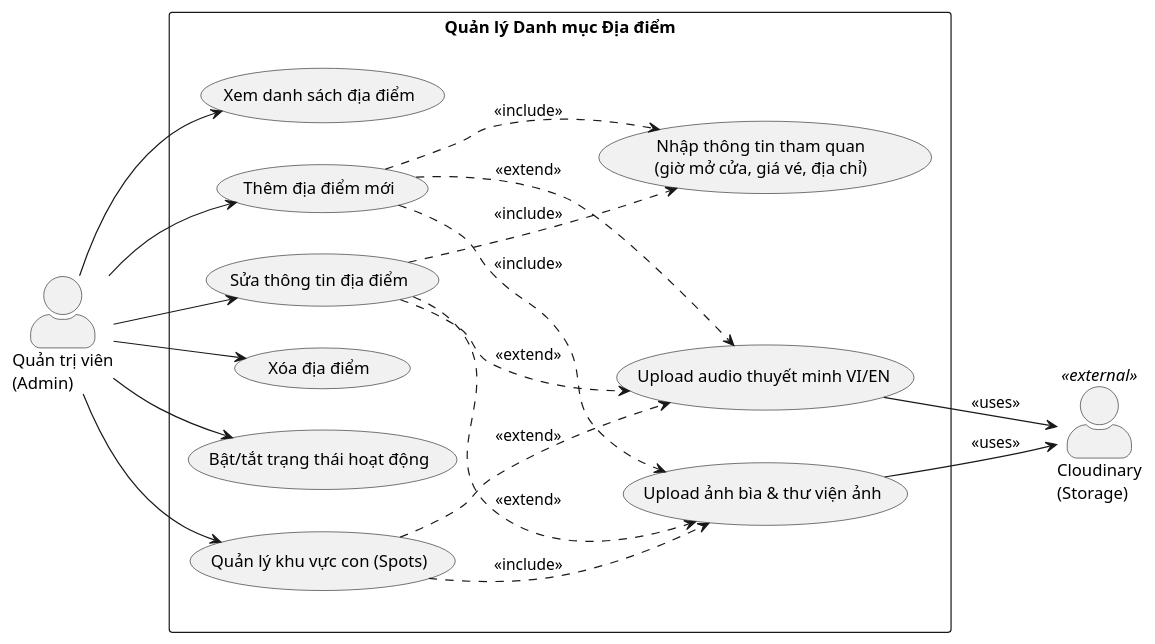
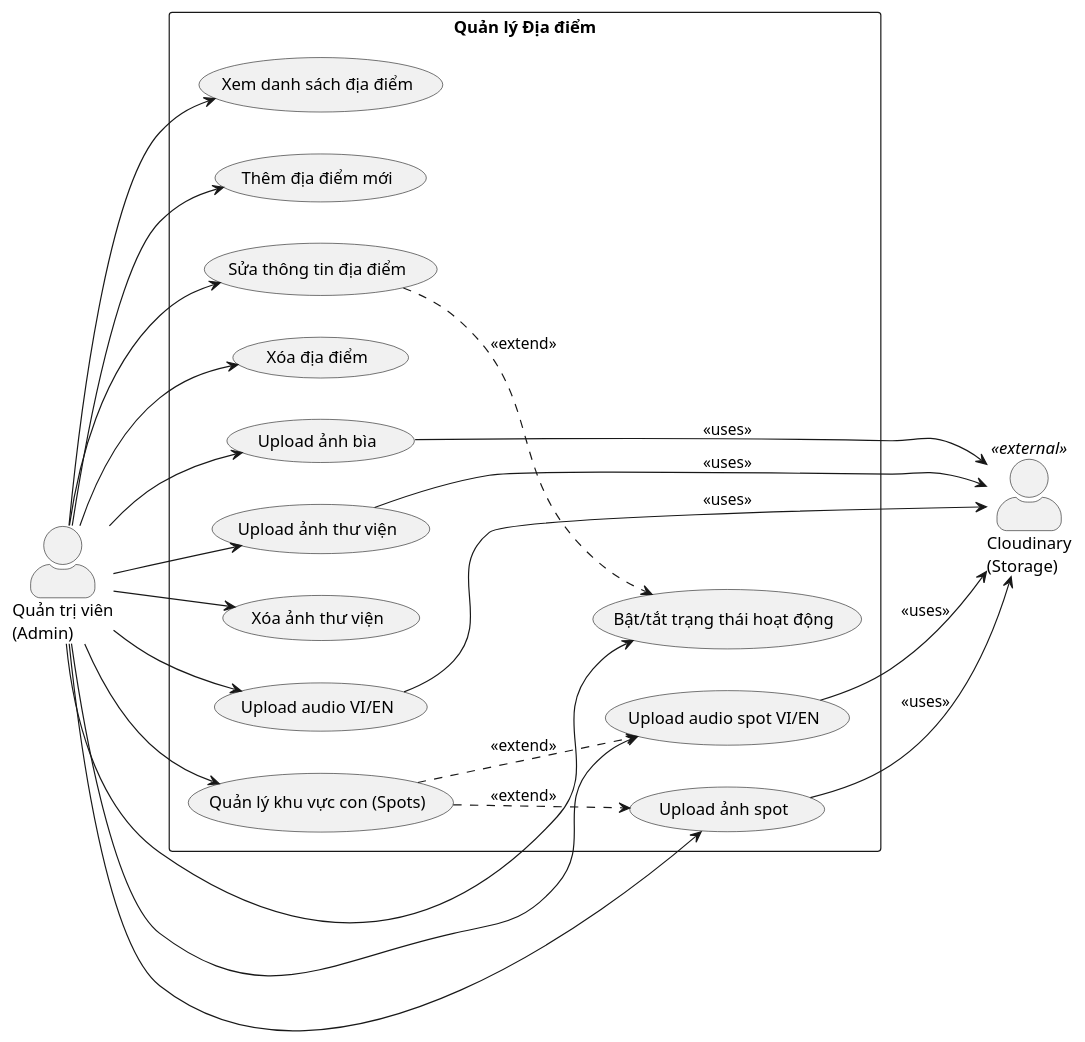
The second of 5 diagrams in docs/CHUONG_2_THIET_KE.md (TungNguyen2k3/ninh_binh_guide), drawn with PlantUML before and after one commit. The commit also changed other lines of this file, not shown here.

````diff
--- a/docs/CHUONG_2_THIET_KE.md
+++ b/docs/CHUONG_2_THIET_KE.md
@@ -110,42 +107,49 @@
 ```plantuml
 @startuml UseCase_AdminLocation
 left to right direction
 skinparam packageStyle rectangle
 skinparam actorStyle awesome
 
 actor "Quản trị viên\n(Admin)" as Admin
 actor "Cloudinary\n(Storage)" as Storage <<external>>
 
-rectangle "Quản lý Danh mục Địa điểm" {
+rectangle "Quản lý Địa điểm" {
   usecase "Xem danh sách địa điểm" as UC_List
   usecase "Thêm địa điểm mới" as UC_Add
   usecase "Sửa thông tin địa điểm" as UC_Edit
   usecase "Xóa địa điểm" as UC_Delete
   usecase "Bật/tắt trạng thái hoạt động" as UC_Toggle
-  usecase "Upload ảnh bìa & thư viện ảnh" as UC_Image
-  usecase "Upload audio thuyết minh VI/EN" as UC_Audio
+  usecase "Upload ảnh bìa" as UC_CoverImage
+  usecase "Upload ảnh thư viện" as UC_GalleryImage
+  usecase "Xóa ảnh thư viện" as UC_DeleteImage
+  usecase "Upload audio VI/EN" as UC_Audio
   usecase "Quản lý khu vực con (Spots)" as UC_Spots
-  usecase "Nhập thông tin tham quan\n(giờ mở cửa, giá vé, địa chỉ)" as UC_Info
+  usecase "Upload audio spot VI/EN" as UC_SpotAudio
+  usecase "Upload ảnh spot" as UC_SpotImage
 }
 
 Admin --> UC_List
 Admin --> UC_Add
 Admin --> UC_Edit
 Admin --> UC_Delete
 Admin --> UC_Toggle
+Admin --> UC_CoverImage
+Admin --> UC_GalleryImage
+Admin --> UC_DeleteImage
+Admin --> UC_Audio
 Admin --> UC_Spots
+Admin --> UC_SpotAudio
+Admin --> UC_SpotImage
 
-UC_Add ..> UC_Image : <<include>>
-UC_Add ..> UC_Audio : <<extend>>
-UC_Add ..> UC_Info : <<include>>
-UC_Edit ..> UC_Image : <<extend>>
-UC_Edit ..> UC_Audio : <<extend>>
-UC_Edit ..> UC_Info : <<include>>
-UC_Spots ..> UC_Image : <<include>>
-UC_Spots ..> UC_Audio : <<extend>>
+UC_Audio --> Storage : <<uses>>
+UC_CoverImage --> Storage : <<uses>>
+UC_GalleryImage --> Storage : <<uses>>
+UC_SpotAudio --> Storage : <<uses>>
+UC_SpotImage --> Storage : <<uses>>
 
-UC_Image --> Storage : <<uses>>
-UC_Audio --> Storage : <<uses>>
+UC_Edit ..> UC_Toggle : <<extend>>
+UC_Spots ..> UC_SpotAudio : <<extend>>
+UC_Spots ..> UC_SpotImage : <<extend>>
 
 @enduml
 ```
````
